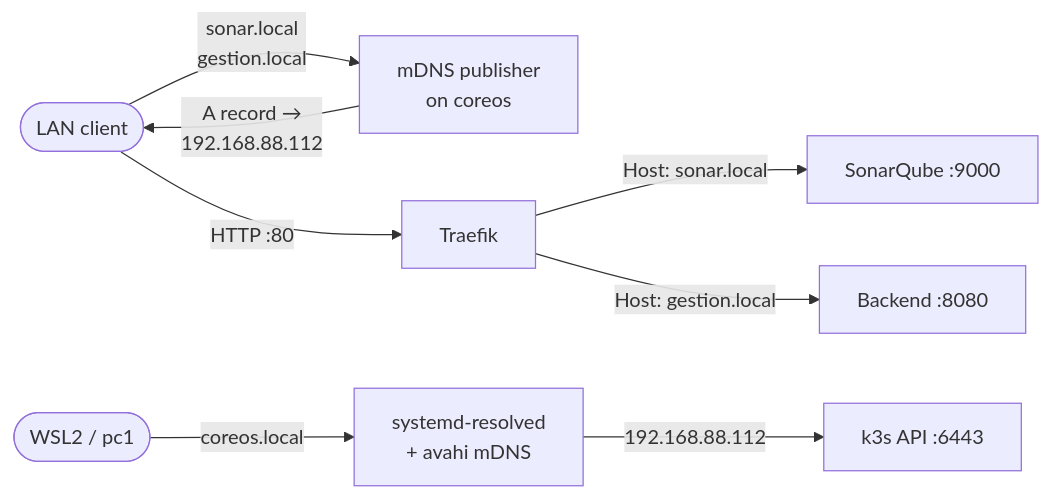
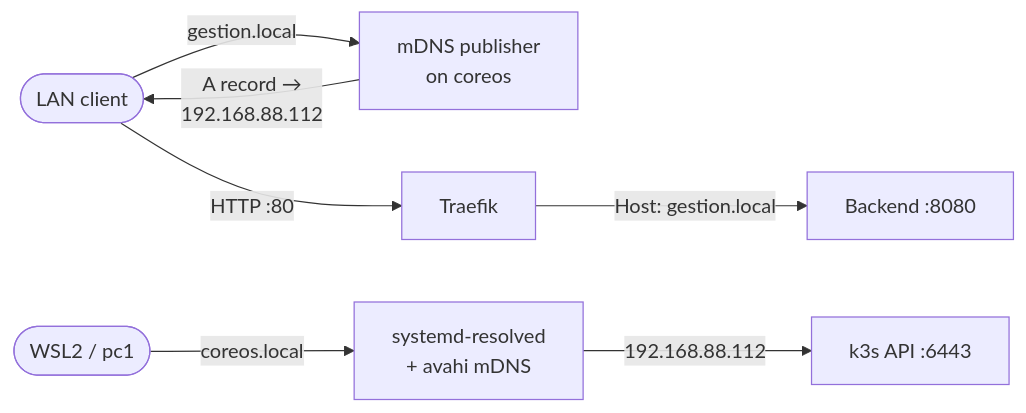
One commit to perezjoseph/Gestion-inmobiliaria changed the second of 2 diagrams in k8s/README.md. Above: the diagram before and after it, drawn with Mermaid. The commit also changed other lines of this file and 13 other files, not shown here.

````diff
--- a/k8s/README.md
+++ b/k8s/README.md
@@ -48,11 +43,10 @@
 ```mermaid
 flowchart LR
-    client([LAN client]) -->|"sonar.local<br/>gestion.local"| mdns_pub[mDNS publisher<br/>on coreos]
+    client([LAN client]) -->|"gestion.local"| mdns_pub[mDNS publisher<br/>on coreos]
     mdns_pub -->|"A record →<br/>192.168.88.112"| client
     client -->|"HTTP :80"| traefik[Traefik]
-    traefik -->|"Host: sonar.local"| sonar[SonarQube :9000]
     traefik -->|"Host: gestion.local"| backend[Backend :8080]
 
     wsl([WSL2 / pc1]) -->|"coreos.local"| resolved[systemd-resolved<br/>+ avahi mDNS]
     resolved -->|"192.168.88.112"| k3s_api[k3s API :6443]
 ```
````
